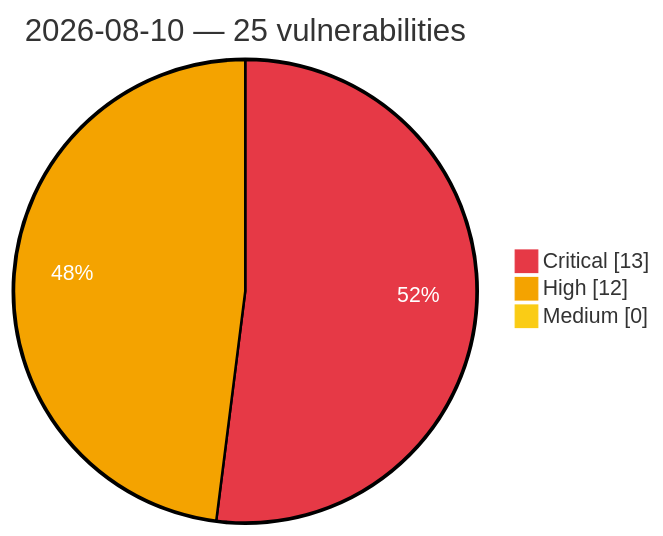
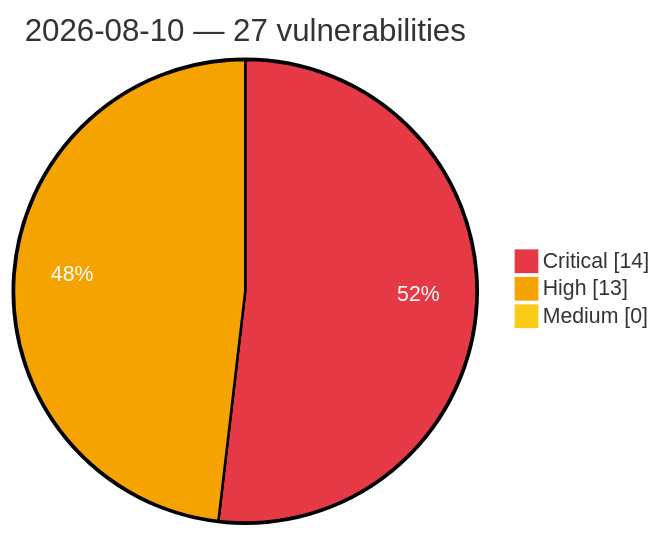
The diagram in vulnerabilities/2026/August/2026-08-10.md (GhostX0X/vuln-tracker), drawn with Mermaid before and after one commit. The commit also changed other lines of this file and 5 other files, not shown here.

Commit message:
Auto update: critical/high vulns (2026-08-10 15:37 UTC)

````diff
--- a/vulnerabilities/2026/August/2026-08-10.md
+++ b/vulnerabilities/2026/August/2026-08-10.md
@@ -3,8 +3,8 @@
 ```mermaid
 %%{init: {'theme':'base', 'themeVariables': {'pie1':'#e63946', 'pie2':'#f4a300', 'pie3':'#facc15', 'pieOpacity':'1', 'pieOuterStrokeWidth':'2px', 'pieSectionTextColor':'#ffffff'}}}%%
 pie showData
-    title 2026-08-10 — 25 vulnerabilities
-    "Critical" : 13
-    "High" : 12
+    title 2026-08-10 — 27 vulnerabilities
+    "Critical" : 14
+    "High" : 13
     "Medium" : 0
 ```
````
